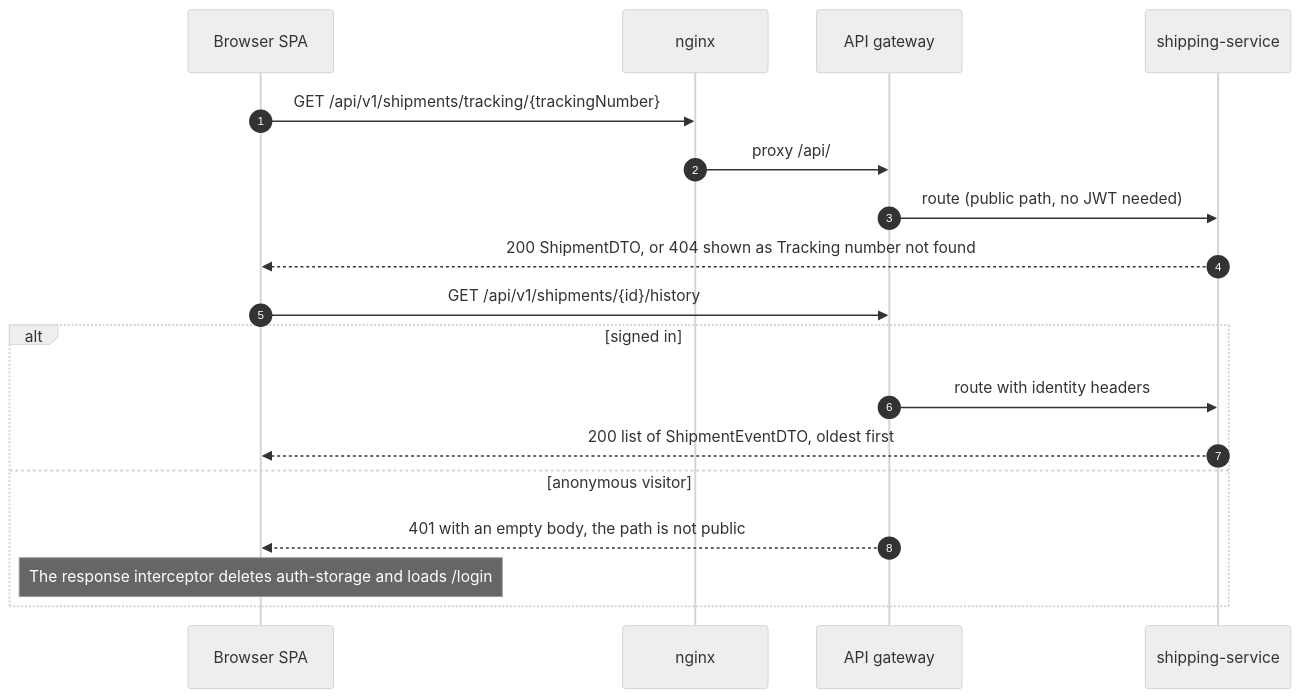
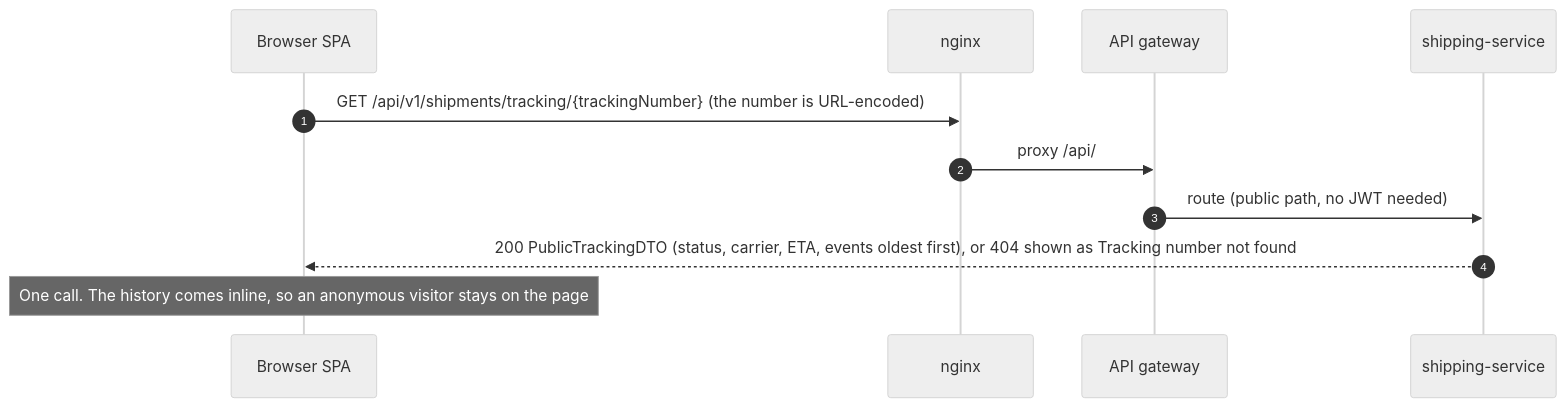
Before and after one commit to bmcnpnr/ecommerce-platform: the sixth of 9 diagrams in docs/frontend.md, drawn with Mermaid (neutral theme). The commit also changed other lines of this file and 58 other files, not shown here.

````diff
--- a/docs/frontend.md
+++ b/docs/frontend.md
@@ -571,20 +615,13 @@
 ```mermaid
 sequenceDiagram
     autonumber
     participant B as Browser SPA
     participant N as nginx
     participant G as API gateway
     participant S as shipping-service
-    B->>N: GET /api/v1/shipments/tracking/{trackingNumber}
+    B->>N: GET /api/v1/shipments/tracking/{trackingNumber} (the number is URL-encoded)
     N->>G: proxy /api/
     G->>S: route (public path, no JWT needed)
-    S-->>B: 200 ShipmentDTO, or 404 shown as Tracking number not found
-    B->>G: GET /api/v1/shipments/{id}/history
-    alt signed in
-        G->>S: route with identity headers
-        S-->>B: 200 list of ShipmentEventDTO, oldest first
-    else anonymous visitor
-        G-->>B: 401 with an empty body, the path is not public
-        Note over B: The response interceptor deletes auth-storage and loads /login
-    end
+    S-->>B: 200 PublicTrackingDTO (status, carrier, ETA, events oldest first), or 404 shown as Tracking number not found
+    Note over B: One call. The history comes inline, so an anonymous visitor stays on the page
 ```
````
